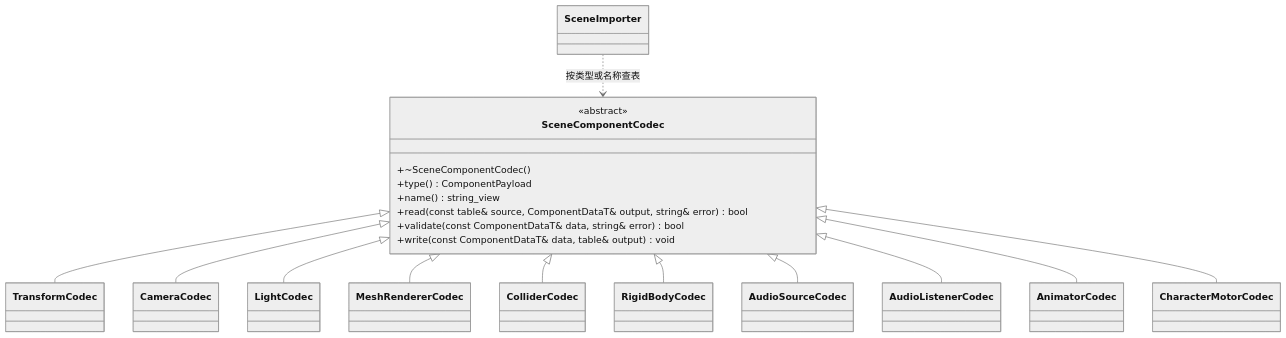
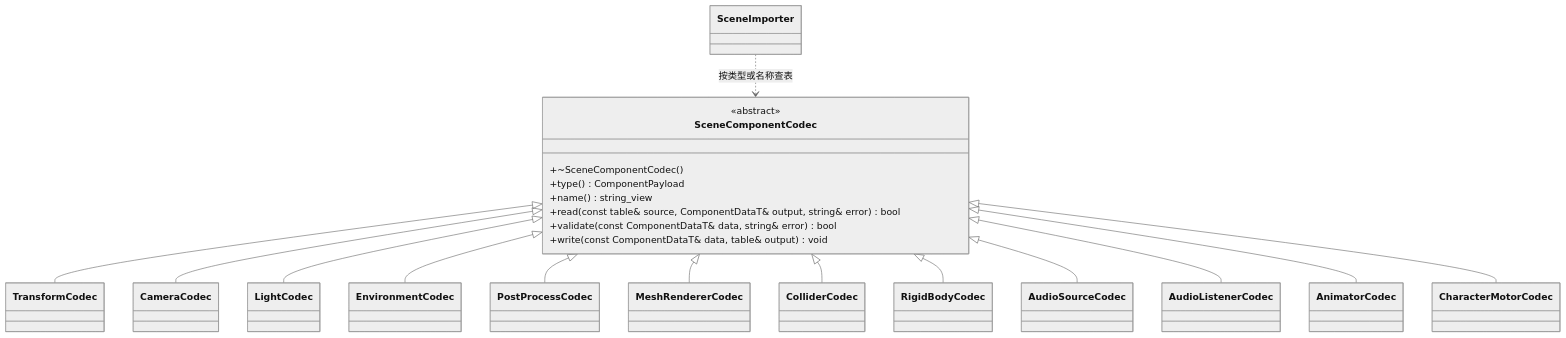
The diagram in docs/editor/class-diagrams/scene-component-codecs.md (lcals/Engine), drawn with Mermaid (neutral theme) before and after one commit. The commit also changed other lines of this file and 104 other files, not shown here.

First line of the commit message:
feat(render): add scene environment settings and GPU IBL baking

````diff
--- a/docs/editor/class-diagrams/scene-component-codecs.md
+++ b/docs/editor/class-diagrams/scene-component-codecs.md
@@ -7,34 +7,38 @@
 ```mermaid
 classDiagram
     class SceneComponentCodec {
         <<abstract>>
         +~SceneComponentCodec()
         +type() ComponentPayload
         +name() string_view
         +read(const table& source, ComponentDataT& output, string& error) bool
         +validate(const ComponentDataT& data, string& error) bool
         +write(const ComponentDataT& data, table& output) void
     }
     class TransformCodec
     class CameraCodec
     class LightCodec
+    class EnvironmentCodec
+    class PostProcessCodec
     class MeshRendererCodec
     class ColliderCodec
     class RigidBodyCodec
     class AudioSourceCodec
     class AudioListenerCodec
     class AnimatorCodec
     class CharacterMotorCodec
     class SceneImporter
     SceneComponentCodec <|-- TransformCodec
     SceneComponentCodec <|-- CameraCodec
     SceneComponentCodec <|-- LightCodec
+    SceneComponentCodec <|-- EnvironmentCodec
+    SceneComponentCodec <|-- PostProcessCodec
     SceneComponentCodec <|-- MeshRendererCodec
     SceneComponentCodec <|-- ColliderCodec
     SceneComponentCodec <|-- RigidBodyCodec
     SceneComponentCodec <|-- AudioSourceCodec
     SceneComponentCodec <|-- AudioListenerCodec
     SceneComponentCodec <|-- AnimatorCodec
     SceneComponentCodec <|-- CharacterMotorCodec
     SceneImporter ..> SceneComponentCodec : 按类型或名称查表
 ```
````
